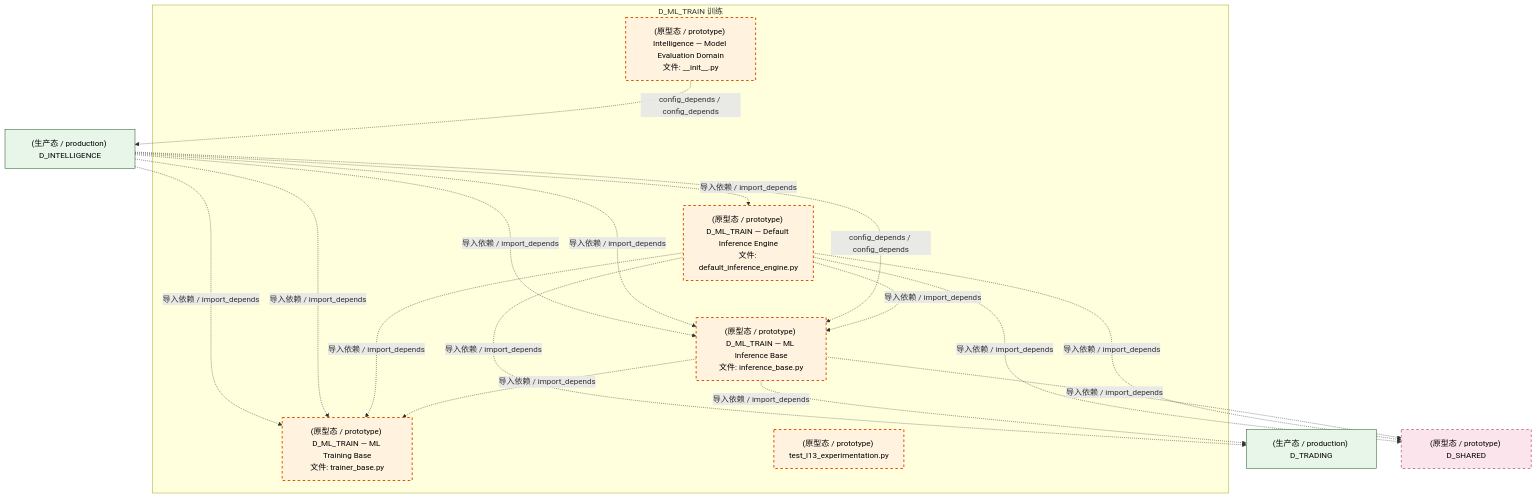
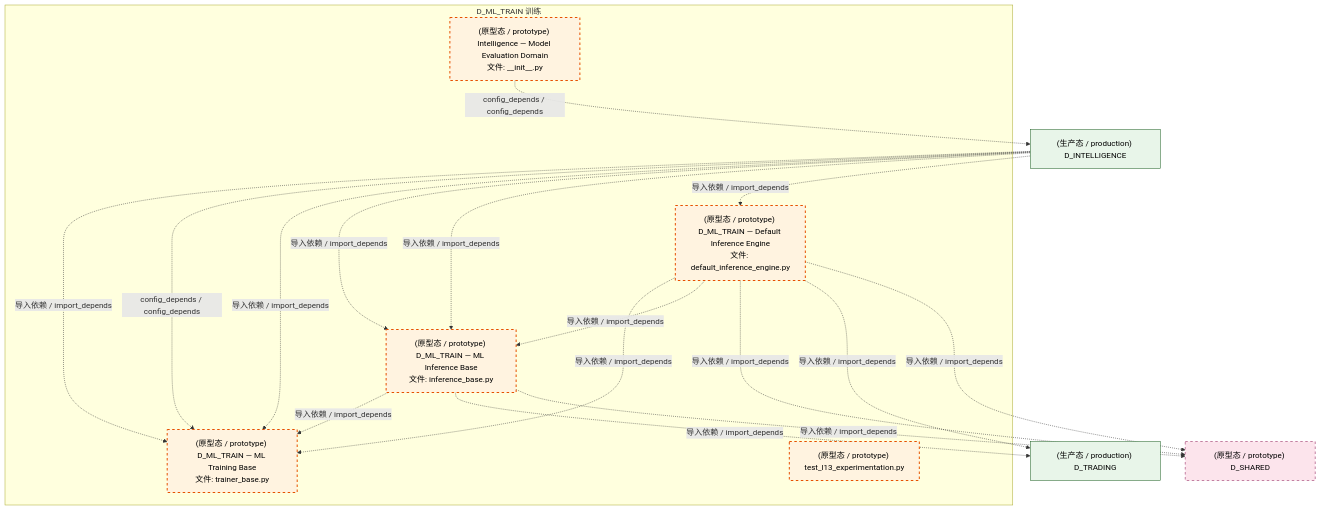
Before and after one commit to xuanFelixVan/ZephyrAlpha: the third of 4 diagrams in docs/02_enterprise_architecture/02_domain_architecture_docs/50_d_ml_train.md, drawn with Mermaid. The commit also changed other lines of this file and 126 other files, not shown here.

````diff
--- a/docs/02_enterprise_architecture/02_domain_architecture_docs/50_d_ml_train.md
+++ b/docs/02_enterprise_architecture/02_domain_architecture_docs/50_d_ml_train.md
@@ -146,35 +146,35 @@
 ```mermaid
 graph TD
     subgraph D_ML_TRAIN["D_ML_TRAIN 训练"]
         src_zephyr_intelligence_model_evaluation_init_py["(原型态 / prototype) Intelligence — Model Evaluation Domain<br/>文件: __init__.py"]
         src_zephyr_ml_train_implementations_default_inference_engine_py["(原型态 / prototype) D_ML_TRAIN — Default Inference Engine<br/>文件: default_inference_engine.py"]
         src_zephyr_ml_train_inference_base_py["(原型态 / prototype) D_ML_TRAIN — ML Inference Base<br/>文件: inference_base.py"]
         src_zephyr_ml_train_trainer_base_py["(原型态 / prototype) D_ML_TRAIN — ML Training Base<br/>文件: trainer_base.py"]
         tests_ml_experiment_test_l13_experimentation_py["(原型态 / prototype) test_l13_experimentation.py"]
     end
     src_zephyr_ml_train_inference_base_py -.->|导入依赖 / import_depends| src_zephyr_ml_train_trainer_base_py
+    src_zephyr_ml_train_implementations_default_inference_engine_py -.->|导入依赖 / import_depends| src_zephyr_ml_train_trainer_base_py
     src_zephyr_ml_train_implementations_default_inference_engine_py -.->|导入依赖 / import_depends| src_zephyr_ml_train_inference_base_py
-    src_zephyr_ml_train_implementations_default_inference_engine_py -.->|导入依赖 / import_depends| src_zephyr_ml_train_trainer_base_py
     D_INTELLIGENCE["(生产态 / production) D_INTELLIGENCE"]
     src_zephyr_intelligence_model_evaluation_init_py -.->|config_depends / config_depends| D_INTELLIGENCE
     D_TRADING["(生产态 / production) D_TRADING"]
     src_zephyr_ml_train_inference_base_py -.->|导入依赖 / import_depends| D_TRADING
     D_SHARED["(原型态 / prototype) D_SHARED"]
     src_zephyr_ml_train_inference_base_py -.->|导入依赖 / import_depends| D_SHARED
     src_zephyr_ml_train_implementations_default_inference_engine_py -.->|导入依赖 / import_depends| D_SHARED
+    src_zephyr_ml_train_implementations_default_inference_engine_py -.->|导入依赖 / import_depends| D_TRADING
     src_zephyr_ml_train_implementations_default_inference_engine_py -.->|导入依赖 / import_depends| D_SHARED
-    src_zephyr_ml_train_implementations_default_inference_engine_py -.->|导入依赖 / import_depends| D_TRADING
-    D_INTELLIGENCE -.->|config_depends / config_depends| src_zephyr_ml_train_inference_base_py
+    D_INTELLIGENCE -.->|导入依赖 / import_depends| src_zephyr_ml_train_trainer_base_py
+    D_INTELLIGENCE -.->|config_depends / config_depends| src_zephyr_ml_train_trainer_base_py
+    D_INTELLIGENCE -.->|导入依赖 / import_depends| src_zephyr_ml_train_trainer_base_py
     D_INTELLIGENCE -.->|导入依赖 / import_depends| src_zephyr_ml_train_inference_base_py
     D_INTELLIGENCE -.->|导入依赖 / import_depends| src_zephyr_ml_train_inference_base_py
-    D_INTELLIGENCE -.->|导入依赖 / import_depends| src_zephyr_ml_train_trainer_base_py
-    D_INTELLIGENCE -.->|导入依赖 / import_depends| src_zephyr_ml_train_trainer_base_py
     D_INTELLIGENCE -.->|导入依赖 / import_depends| src_zephyr_ml_train_implementations_default_inference_engine_py
     classDef production fill:#e1f5fe,stroke:#01579b,stroke-width:2px,color:#000
     classDef design fill:#fff3e0,stroke:#e65100,stroke-width:2px,color:#000,stroke-dasharray: 5 5
     classDef external_prod fill:#e8f5e9,stroke:#1b5e20,stroke-width:1px,color:#000
     classDef external_design fill:#fce4ec,stroke:#880e4f,stroke-width:1px,color:#000,stroke-dasharray: 5 5
     class src_zephyr_intelligence_model_evaluation_init_py,src_zephyr_ml_train_implementations_default_inference_engine_py,src_zephyr_ml_train_inference_base_py,src_zephyr_ml_train_trainer_base_py,tests_ml_experiment_test_l13_experimentation_py design
     class D_INTELLIGENCE,D_TRADING external_prod
     class D_SHARED external_design
 ```
````
